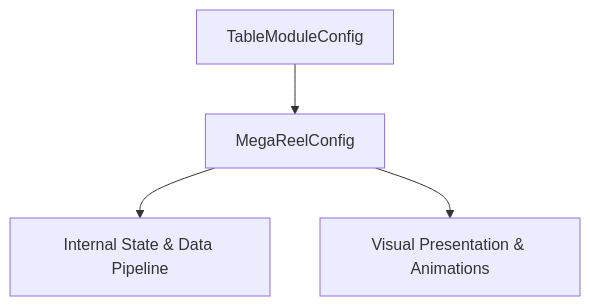
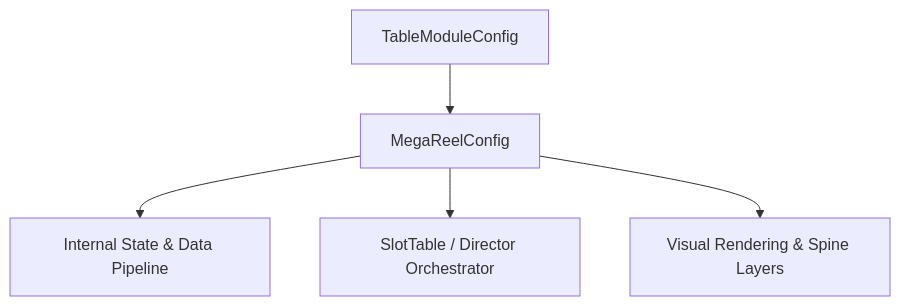
The diagram in docs/cc_slot_mechanics/modules/MegaReelConfig/01_overview/01_architecture_and_role.md (lam-ark/mcp-fwcc), drawn with Mermaid before and after one commit. The commit also changed other lines of this file and 2509 other files, not shown here.

````diff
--- a/docs/cc_slot_mechanics/modules/MegaReelConfig/01_overview/01_architecture_and_role.md
+++ b/docs/cc_slot_mechanics/modules/MegaReelConfig/01_overview/01_architecture_and_role.md
@@ -18,6 +24,7 @@
 ```mermaid
 graph TD
-    Parent[TableModuleConfig] --> Mod[MegaReelConfig]
-    Mod --> State[Internal State & Data Pipeline]
-    Mod --> Render[Visual Presentation & Animations]
+    SuperClass[TableModuleConfig] --> TargetClass[MegaReelConfig]
+    TargetClass --> DataPipeline[Internal State & Data Pipeline]
+    TargetClass --> Orchestrator[SlotTable / Director Orchestrator]
+    TargetClass --> ViewLayer[Visual Rendering & Spine Layers]
 ```
````
